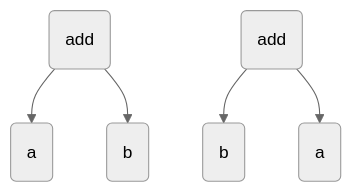
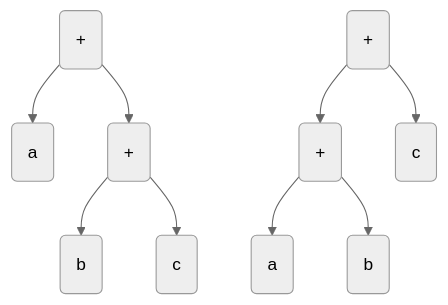
One commit to pengvyn/kavpix-code changed the fourth of 49 diagrams in src/essays/number-tree/essay.md. Above: the diagram before and after it, drawn with Mermaid (neutral theme). The commit also changed other lines of this file and 1 other file, not shown here.

````diff
--- a/src/essays/number-tree/essay.md
+++ b/src/essays/number-tree/essay.md
@@ -45,8 +97,12 @@
 ```mermaid
     graph TD;
-        add(add) --> a(a);
-        add --> b(b);
+        add(+) --> a(a);
+        add(+) --> add2(+);
+        add2 --> b(b);
+        add2 --> c(c);
 
-        add2(add) --> b2(b)
-        add2 --> a2(a)
+        add3(+) --> add4(+);
+        add3 --> c2(c);
+        add4 --> a2(a);
+        add4 --> b2(b);
 ```
````
